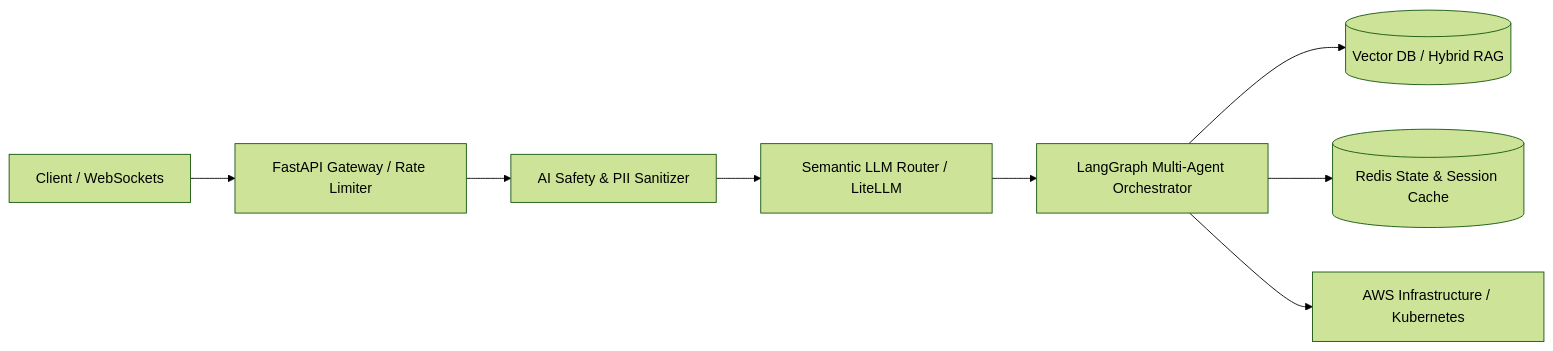
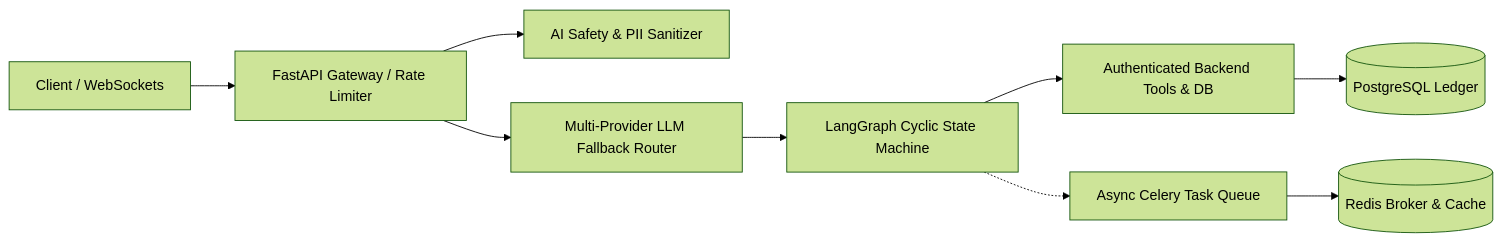
Before and after one commit to ahmedgeeter/ahmedgeeter: the diagram in README.md, drawn with Mermaid (forest theme). The commit also changed other lines of this file, not shown here.

````diff
--- a/README.md
+++ b/README.md
@@ -184,10 +34,11 @@
 ```mermaid
 graph LR
-    User[Client / WebSockets] --> Gateway[FastAPI Gateway / Rate Limiter]
+    Client[Client / WebSockets] --> Gateway[FastAPI Gateway / Rate Limiter]
     Gateway --> Guardrail[AI Safety & PII Sanitizer]
-    Guardrail --> Router[Semantic LLM Router / LiteLLM]
-    Router --> Agents[LangGraph Multi-Agent Orchestrator]
-    Agents --> VectorDB[(Vector DB / Hybrid RAG)]
-    Agents --> Cache[(Redis State & Session Cache)]
-    Agents --> Cloud[AWS Infrastructure / Kubernetes]
+    Gateway --> Router[Multi-Provider LLM Fallback Router]
+    Router --> Agents[LangGraph Cyclic State Machine]
+    Agents --> Tools[Authenticated Backend Tools & DB]
+    Agents -.-> Queue[Async Celery Task Queue]
+    Queue --> Redis[(Redis Broker & Cache)]
+    Tools --> Postgres[(PostgreSQL Ledger)]
 ```
````
